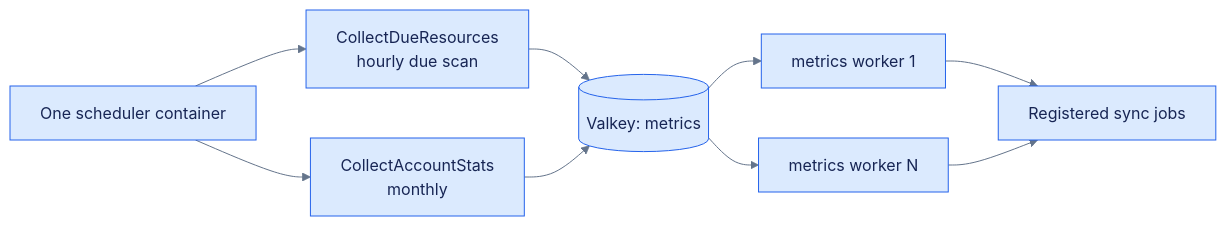
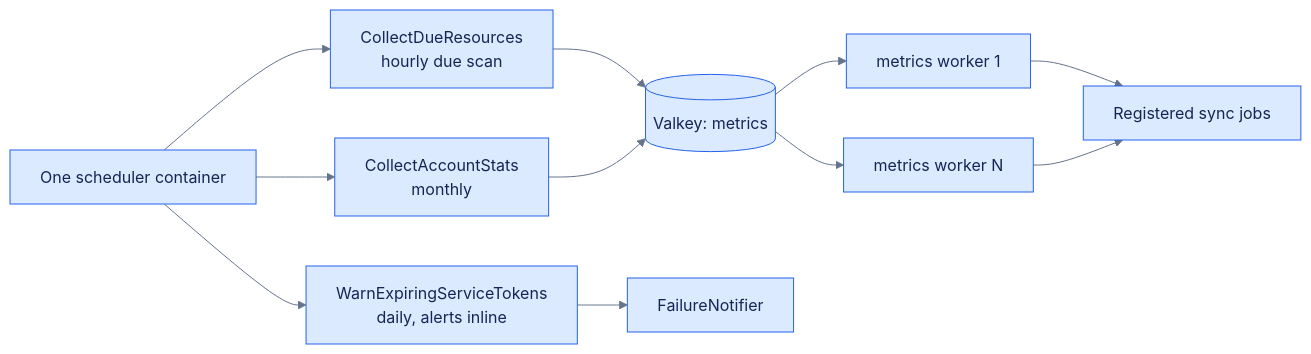
The diagram in docs/queue-workers.md (ICICLE-ai/icicle-insights), drawn with Mermaid before and after one commit. The commit also changed other lines of this file and 9 other files, not shown here.

First line of the commit message:
Warn before webhook tokens expire, and run the tests in CI

````diff
--- a/docs/queue-workers.md
+++ b/docs/queue-workers.md
@@ -29,20 +29,24 @@
 ```mermaid
 %%{init: {"theme":"base","themeVariables":{"primaryColor":"#DBEAFE","primaryTextColor":"#172554","primaryBorderColor":"#2563EB","secondaryColor":"#DCFCE7","secondaryTextColor":"#14532D","secondaryBorderColor":"#16A34A","tertiaryColor":"#F3E8FF","tertiaryTextColor":"#581C87","tertiaryBorderColor":"#9333EA","lineColor":"#64748B","noteBkgColor":"#FEF3C7","noteTextColor":"#78350F","actorBkg":"#E0E7FF","actorBorder":"#4F46E5","actorTextColor":"#1E1B4B","signalColor":"#475569","signalTextColor":"#334155"}}}%%
 flowchart LR
     S[One scheduler container]
     R[CollectDueResources<br/>hourly due scan]
     A[CollectAccountStats<br/>monthly]
+    E[WarnExpiringServiceTokens<br/>daily, alerts inline]
     Q[(Valkey: metrics)]
     W1[metrics worker 1]
     W2[metrics worker N]
     J[Registered sync jobs]
+    N[FailureNotifier]
 
     S --> R
     S --> A
+    S --> E
     R --> Q
     A --> Q
+    E --> N
     Q --> W1
     Q --> W2
     W1 --> J
     W2 --> J
 ```
````
